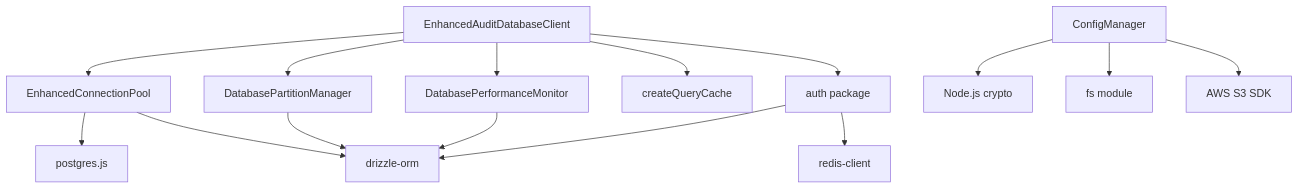
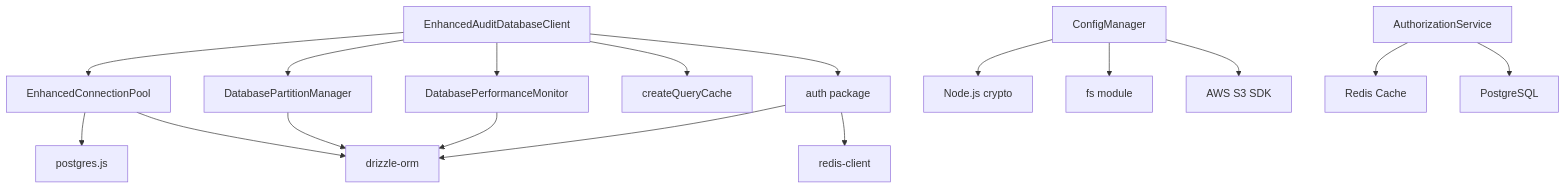
Before and after one commit to smedrec/smart-logs: the ninth of 9 diagrams in .qoder/repowiki/en/content/Audit Database/Security and Access Control.md, drawn with Mermaid. The commit also changed other lines of this file and 7 other files, not shown here.

First line of the commit message:
feat(auth): add organization role management with Redis caching and PostgreSQL persistence

````diff
--- a/.qoder/repowiki/en/content/Audit Database/Security and Access Control.md
+++ b/.qoder/repowiki/en/content/Audit Database/Security and Access Control.md
@@ -378,17 +449,19 @@
 ```mermaid
 graph TD
 EnhancedClient["EnhancedAuditDatabaseClient"] --> ConnectionPool["EnhancedConnectionPool"]
 EnhancedClient --> PartitionManager["DatabasePartitionManager"]
 EnhancedClient --> PerformanceMonitor["DatabasePerformanceMonitor"]
 EnhancedClient --> CacheFactory["createQueryCache"]
 ConnectionPool --> PostgresJs["postgres.js"]
 ConnectionPool --> Drizzle["drizzle-orm"]
 PartitionManager --> Drizzle
 PerformanceMonitor --> Drizzle
 ConfigManager["ConfigManager"] --> Crypto["Node.js crypto"]
 ConfigManager --> FileSystem["fs module"]
 ConfigManager --> S3["AWS S3 SDK"]
 AuthPackage["auth package"] --> Drizzle
 AuthPackage --> RedisClient["redis-client"]
 EnhancedClient --> AuthPackage
+AuthorizationService["AuthorizationService"] --> Redis["Redis Cache"]
+AuthorizationService --> PostgreSQL["PostgreSQL"]
 ```
````
